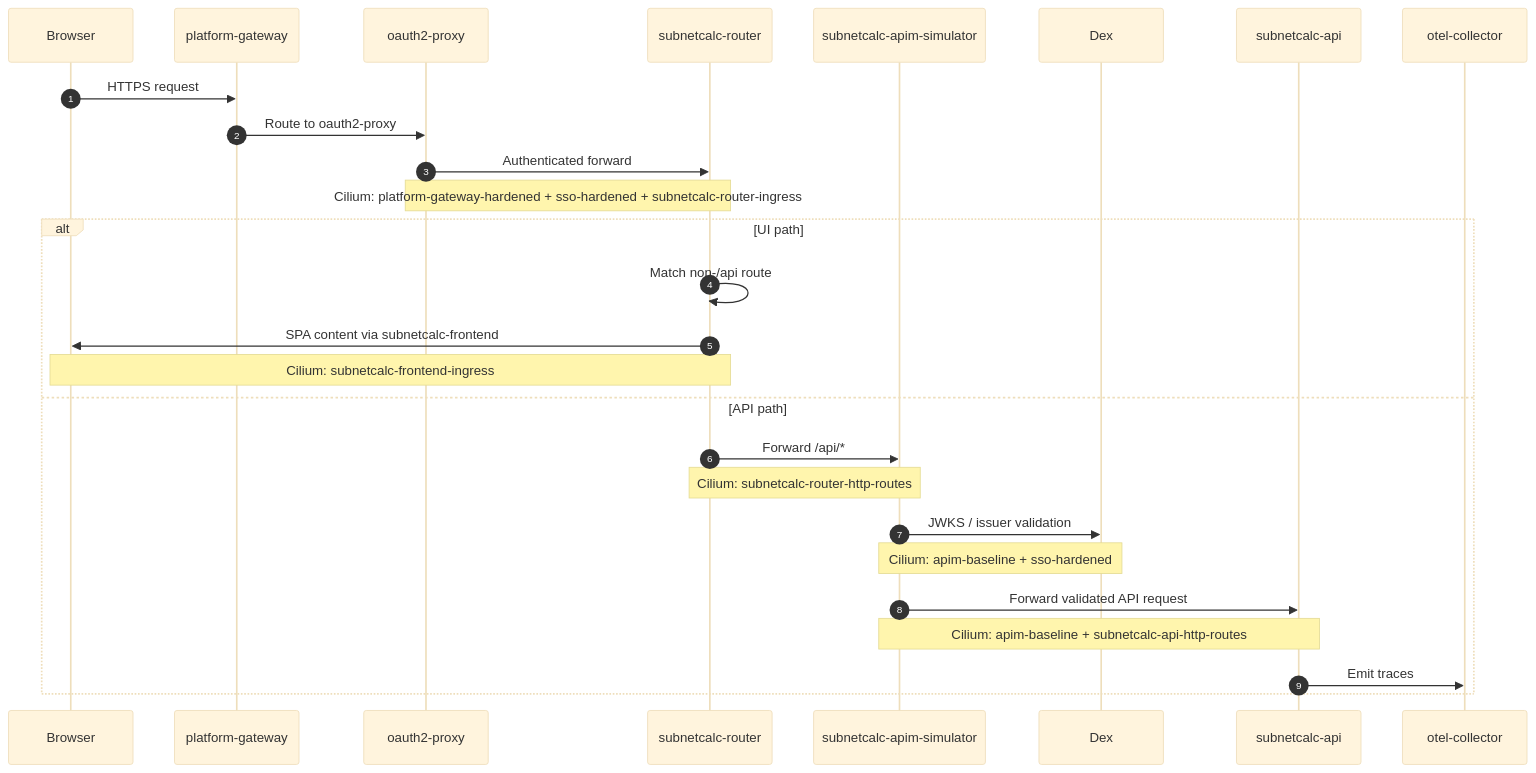
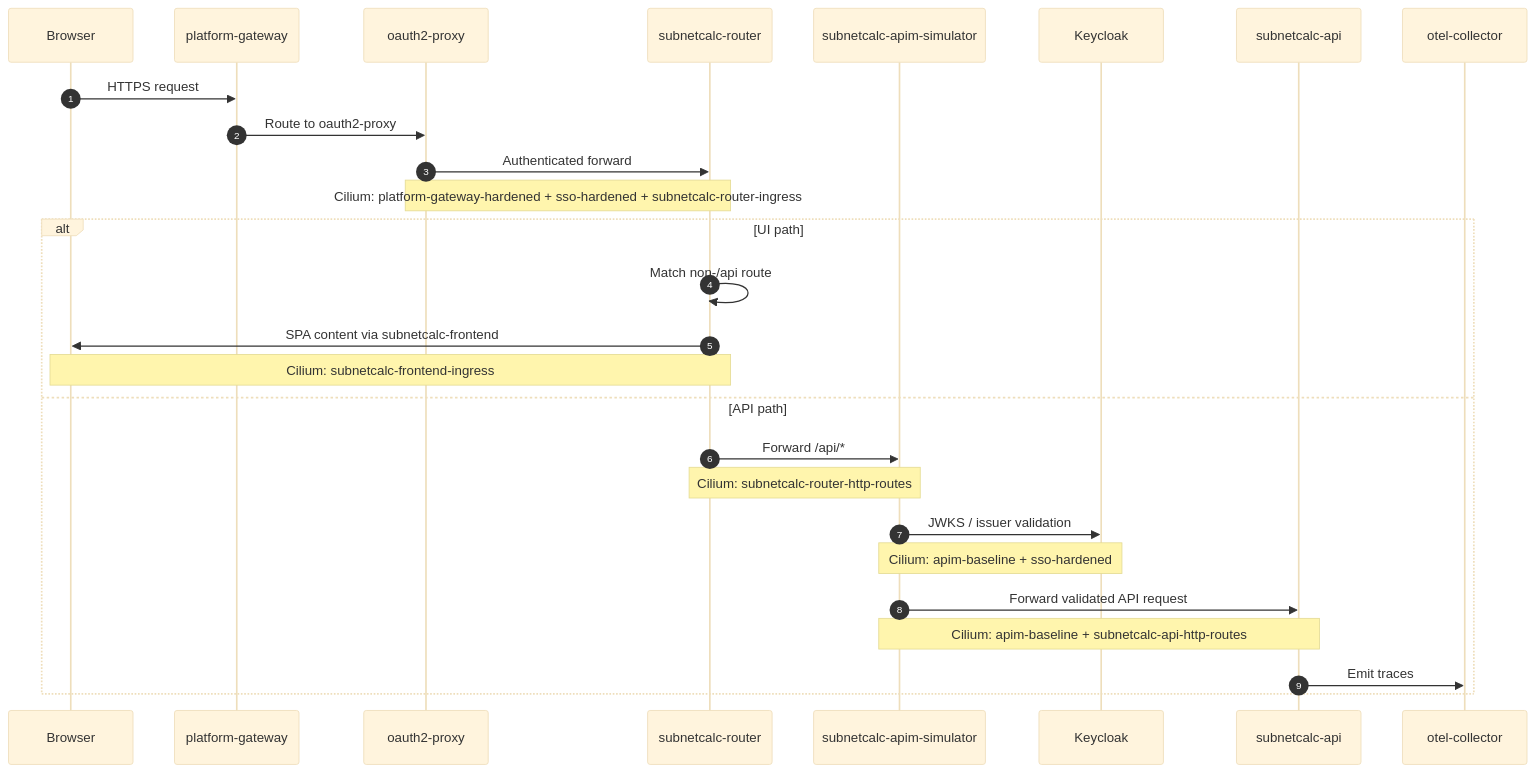
One commit to nickromney/platform changed the diagram in terraform/kubernetes/docs/diagrams/apps-c4/10-journey-subnetcalc-request.mmd. Above: the diagram before and after it, drawn with Mermaid. The commit also changed 112 other files, not shown here.

```diff
--- a/terraform/kubernetes/docs/diagrams/apps-c4/10-journey-subnetcalc-request.mmd
+++ b/terraform/kubernetes/docs/diagrams/apps-c4/10-journey-subnetcalc-request.mmd
@@ -1,30 +1,30 @@
 %%{init: {"theme": "base", "themeVariables": {"background": "#ffffff"}}}%%
 sequenceDiagram
     autonumber
     participant Browser as Browser
     participant Gateway as platform-gateway
     participant OAuth as oauth2-proxy
     participant Router as subnetcalc-router
     participant APIM as subnetcalc-apim-simulator
-    participant Dex as Dex
+    participant Keycloak as Keycloak
     participant API as subnetcalc-api
     participant OTel as otel-collector
 
     Browser->>Gateway: HTTPS request
     Gateway->>OAuth: Route to oauth2-proxy
     OAuth->>Router: Authenticated forward
     Note over OAuth,Router: Cilium: platform-gateway-hardened + sso-hardened + subnetcalc-router-ingress
 
     alt UI path
         Router->>Router: Match non-/api route
         Router->>Browser: SPA content via subnetcalc-frontend
         Note over Router,Browser: Cilium: subnetcalc-frontend-ingress
     else API path
         Router->>APIM: Forward /api/*
         Note over Router,APIM: Cilium: subnetcalc-router-http-routes
-        APIM->>Dex: JWKS / issuer validation
-        Note over APIM,Dex: Cilium: apim-baseline + sso-hardened
+        APIM->>Keycloak: JWKS / issuer validation
+        Note over APIM,Keycloak: Cilium: apim-baseline + sso-hardened
         APIM->>API: Forward validated API request
         Note over APIM,API: Cilium: apim-baseline + subnetcalc-api-http-routes
         API->>OTel: Emit traces
     end
```
